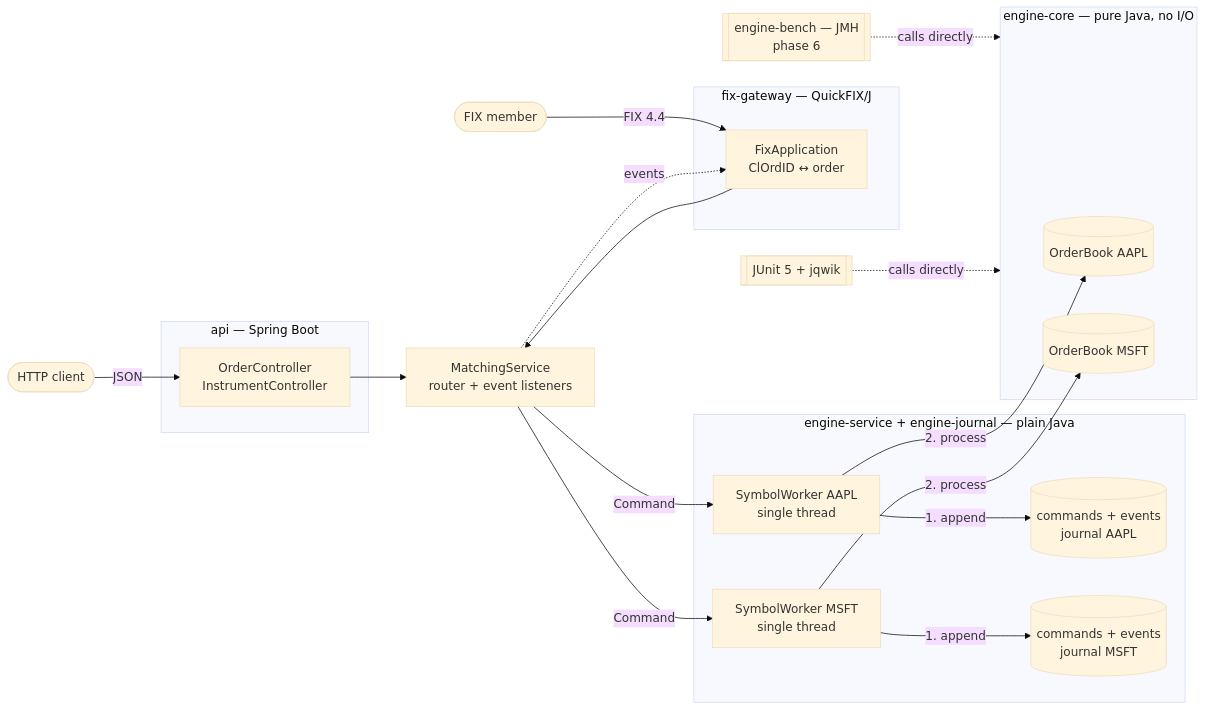
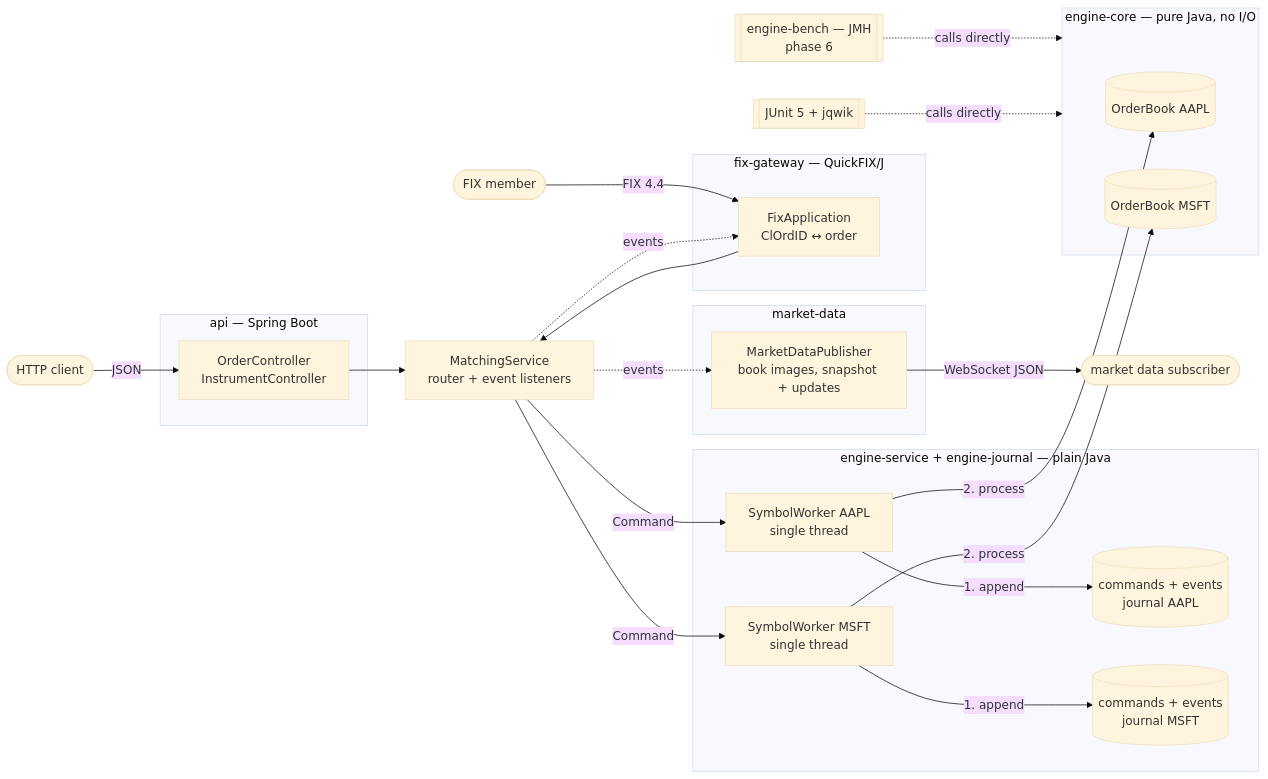
The first of 4 diagrams in README.md (Ahmed-Berrada/Order_Book), drawn with Mermaid (base theme) before and after one commit. The commit also changed other lines of this file and 2 other files, not shown here.

First line of the commit message:
docs: README, roadmap and CI for phase 3d

````diff
--- a/README.md
+++ b/README.md
@@ -41,42 +42,49 @@
 ```mermaid
 flowchart LR
     client([HTTP client])
     member([FIX member])
+    viewer([market data subscriber])
 
     subgraph api ["api — Spring Boot"]
         ctrl[OrderController<br/>InstrumentController]
     end
 
     subgraph fix ["fix-gateway — QuickFIX/J"]
         gw[FixApplication<br/>ClOrdID ↔ order]
     end
 
     svc[MatchingService<br/>router + event listeners]
+
+    subgraph md ["market-data"]
+        pub[MarketDataPublisher<br/>book images, snapshot + updates]
+    end
 
     subgraph journal ["engine-service + engine-journal — plain Java"]
         w1[SymbolWorker AAPL<br/>single thread]
         w2[SymbolWorker MSFT<br/>single thread]
         j1[(commands + events<br/>journal AAPL)]
         j2[(commands + events<br/>journal MSFT)]
     end
 
     subgraph core ["engine-core — pure Java, no I/O"]
         b1[(OrderBook AAPL)]
         b2[(OrderBook MSFT)]
     end
 
     bench[[engine-bench — JMH<br/>phase 6]]
     tests[[JUnit 5 + jqwik]]
 
     client -->|JSON| ctrl --> svc
     member -->|FIX 4.4| gw --> svc
     svc -.->|events| gw
+    svc -.->|events| pub
+    pub -->|WebSocket JSON| viewer
     svc -->|Command| w1
     svc -->|Command| w2
     w1 -->|1. append| j1
     w1 -->|2. process| b1
     w2 -->|1. append| j2
     w2 -->|2. process| b2
     bench -.->|calls directly| core
     tests -.->|calls directly| core
 ```
````
